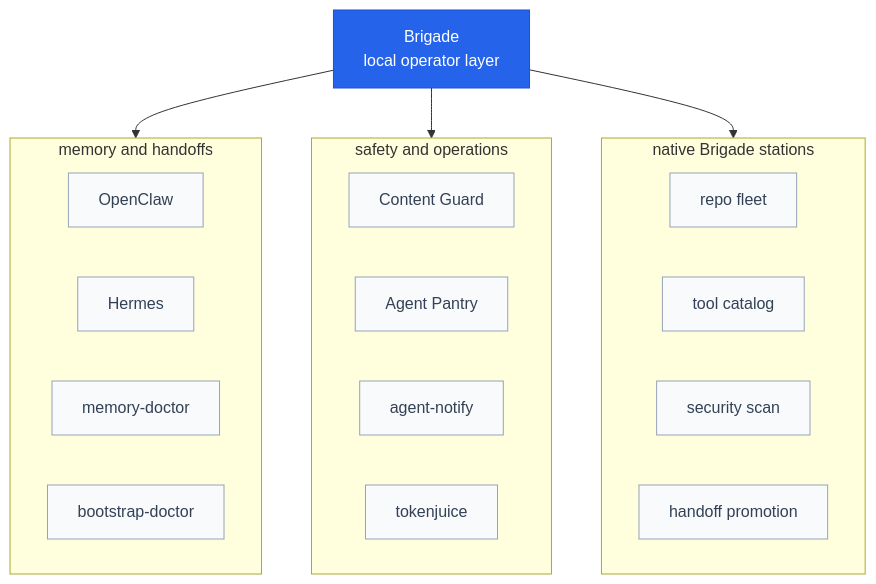
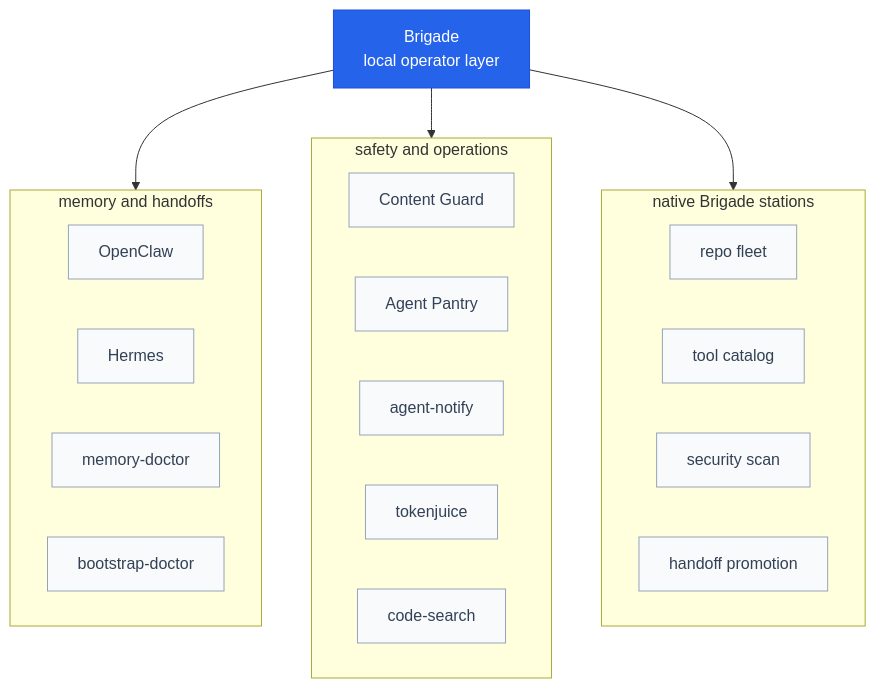
The sixth of 13 diagrams in docs/overview.md (escoffier-labs/brigade), drawn with Mermaid before and after one commit. The commit also changed other lines of this file and 5 other files, not shown here.

Commit message:
feat(search): add code-search managed station

````diff
--- a/docs/overview.md
+++ b/docs/overview.md
@@ -320,34 +320,35 @@
 ```mermaid
 flowchart TB
     BRIGADE["Brigade<br/>local operator layer"]
 
     subgraph MEMORY [" memory and handoffs "]
         OPENCLAW["OpenClaw"]
         HERMES["Hermes"]
         MDOCTOR["memory-doctor"]
         BDOCTOR["bootstrap-doctor"]
     end
 
     subgraph SAFETY [" safety and operations "]
         GUARD["Content Guard"]
         PANTRY["Agent Pantry"]
         NOTIFY["agent-notify"]
         TOKEN["tokenjuice"]
+        SEARCH["code-search"]
     end
 
     subgraph NATIVE [" native Brigade stations "]
         REPOS["repo fleet"]
         TOOLS["tool catalog"]
         SECURITY["security scan"]
         HANDOFFS["handoff promotion"]
     end
 
     BRIGADE --> MEMORY
     BRIGADE --> SAFETY
     BRIGADE --> NATIVE
 
     classDef core fill:#2563eb,stroke:#1d4ed8,color:#fff;
     classDef group fill:#f8fafc,stroke:#94a3b8,color:#334155;
     class BRIGADE core;
-    class OPENCLAW,HERMES,MDOCTOR,BDOCTOR,GUARD,PANTRY,NOTIFY,TOKEN,REPOS,TOOLS,SECURITY,HANDOFFS group;
+    class OPENCLAW,HERMES,MDOCTOR,BDOCTOR,GUARD,PANTRY,NOTIFY,TOKEN,SEARCH,REPOS,TOOLS,SECURITY,HANDOFFS group;
 ```
````
